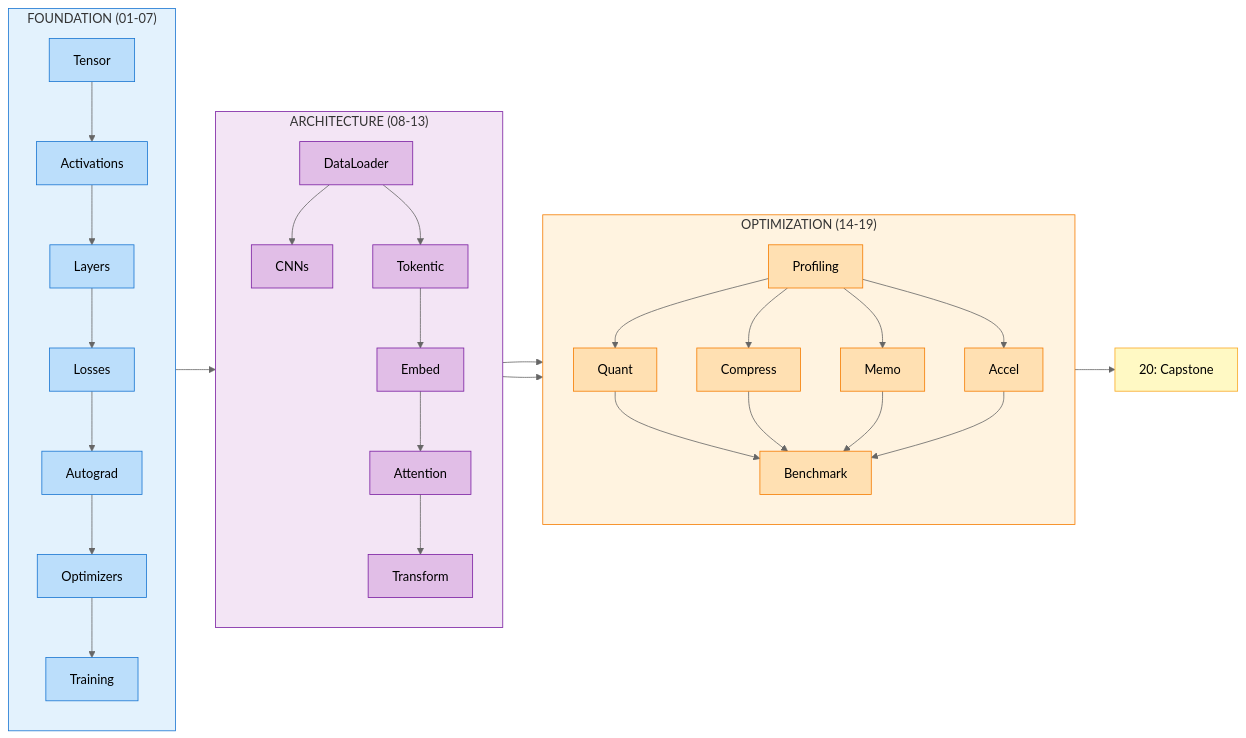
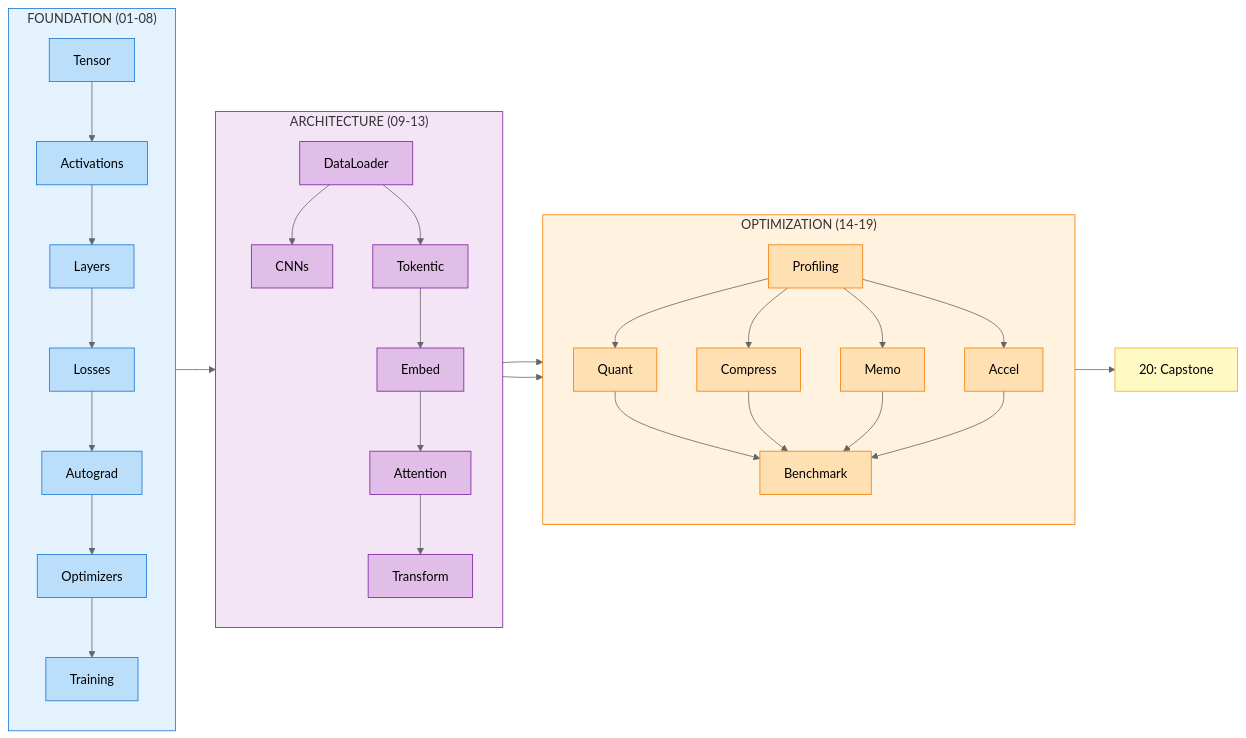
Before and after one commit to harvard-edge/cs249r_book: the diagram in tinytorch/site/big-picture.md, drawn with Mermaid (neutral theme). The commit also changed other lines of this file and 19 other files, not shown here.

````diff
--- a/tinytorch/site/big-picture.md
+++ b/tinytorch/site/big-picture.md
@@ -23,73 +23,73 @@
 ```{mermaid}
 :align: center
 :caption: "**TinyTorch Module Flow.** The 20 modules progress through three tiers: Foundation (blue) builds core ML primitives, Architecture (purple) applies them to vision and language tasks, and Optimization (orange) makes systems production-ready."
 
 graph LR
-    subgraph F["FOUNDATION (01-07)"]
+    subgraph F["FOUNDATION (01-08)"]
         direction TB
         T["Tensor"] --> A["Activations"]
         A --> L["Layers"]
         L --> Loss["Losses"]
         Loss --> Auto["Autograd"]
         Auto --> Opt["Optimizers"]
         Opt --> Train["Training"]
     end
 
-    subgraph Arch["ARCHITECTURE (08-13)"]
+    subgraph Arch["ARCHITECTURE (09-13)"]
         direction TB
         Data["DataLoader"]
         Data --> Conv["CNNs"]
         Data --> Tok["Tokentic"]
         Tok --> Emb["Embed"]
         Emb --> Att["Attention"]
         Att --> Trans["Transform"]
     end
 
     subgraph Optim["OPTIMIZATION (14-19)"]
         direction TB
         Prof["Profiling"]
         Prof --> Q["Quant"]
         Prof --> C["Compress"]
         Prof --> M["Memo"]
         Prof --> Ac["Accel"]
         Q & C & M & Ac --> Bench["Benchmark"]
     end
 
     Train --> Data
     Conv --> Prof
     Trans --> Prof
     Bench --> Cap["20: Capstone"]
 
     %% Foundation - Light Blue (dark text readable)
     style T fill:#bbdefb,stroke:#1976d2
     style A fill:#bbdefb,stroke:#1976d2
     style L fill:#bbdefb,stroke:#1976d2
     style Loss fill:#bbdefb,stroke:#1976d2
     style Auto fill:#bbdefb,stroke:#1976d2
     style Opt fill:#bbdefb,stroke:#1976d2
     style Train fill:#bbdefb,stroke:#1976d2
 
     %% Architecture - Light Purple (dark text readable)
     style Data fill:#e1bee7,stroke:#7b1fa2
     style Conv fill:#e1bee7,stroke:#7b1fa2
     style Tok fill:#e1bee7,stroke:#7b1fa2
     style Emb fill:#e1bee7,stroke:#7b1fa2
     style Att fill:#e1bee7,stroke:#7b1fa2
     style Trans fill:#e1bee7,stroke:#7b1fa2
 
     %% Optimization - Light Orange (dark text readable)
     style Prof fill:#ffe0b2,stroke:#f57c00
     style Q fill:#ffe0b2,stroke:#f57c00
     style C fill:#ffe0b2,stroke:#f57c00
     style M fill:#ffe0b2,stroke:#f57c00
     style Ac fill:#ffe0b2,stroke:#f57c00
     style Bench fill:#ffe0b2,stroke:#f57c00
 
     %% Capstone - Light Gold (dark text readable)
     style Cap fill:#fff9c4,stroke:#f9a825
 
     %% Subgraph backgrounds
     style F fill:#e3f2fd,stroke:#1976d2
     style Arch fill:#f3e5f5,stroke:#7b1fa2
     style Optim fill:#fff3e0,stroke:#f57c00
 ```
````
